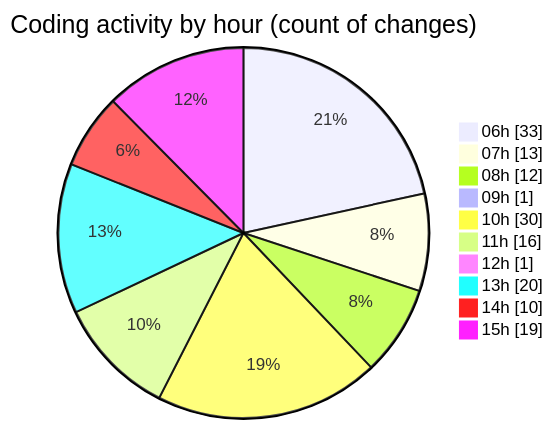
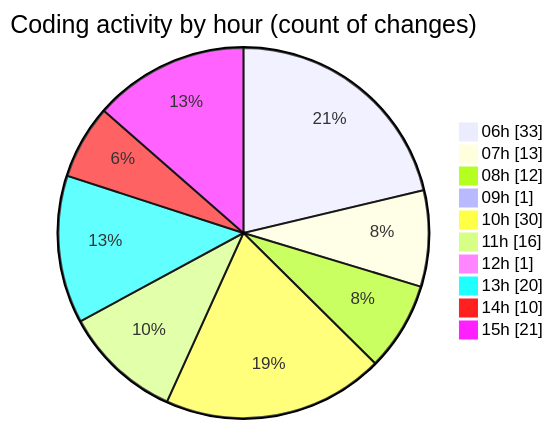
The second of 2 diagrams in 2025-02-21/micros/README.md (charlie-sans/code-tracking), drawn with Mermaid before and after one commit. The commit also changed other lines of this file and 1 other file, not shown here.

````diff
--- a/2025-02-21/micros/README.md
+++ b/2025-02-21/micros/README.md
@@ -92,14 +92,14 @@
 ```mermaid
 pie showData
 title Coding activity by hour (count of changes)
 "06h" : 33
 "07h" : 13
 "08h" : 12
 "09h" : 1
 "10h" : 30
 "11h" : 16
 "12h" : 1
 "13h" : 20
 "14h" : 10
-"15h" : 19
+"15h" : 21
 ```
````
